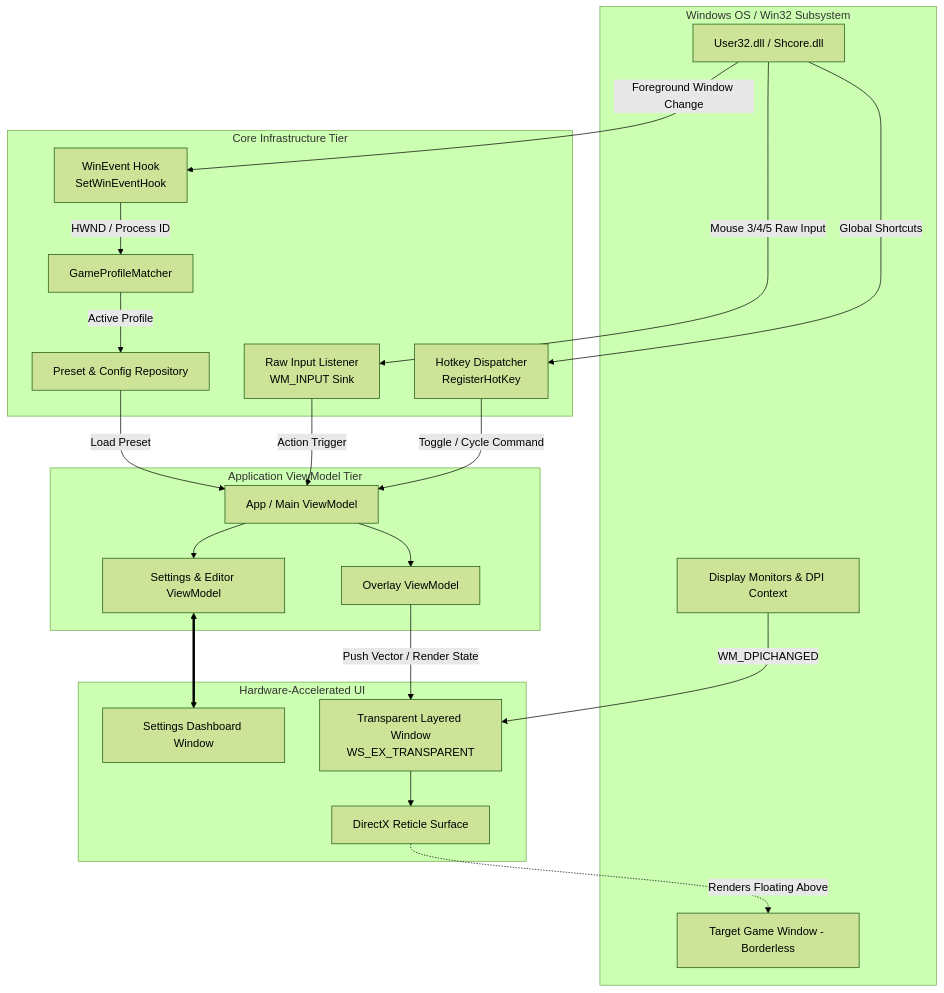
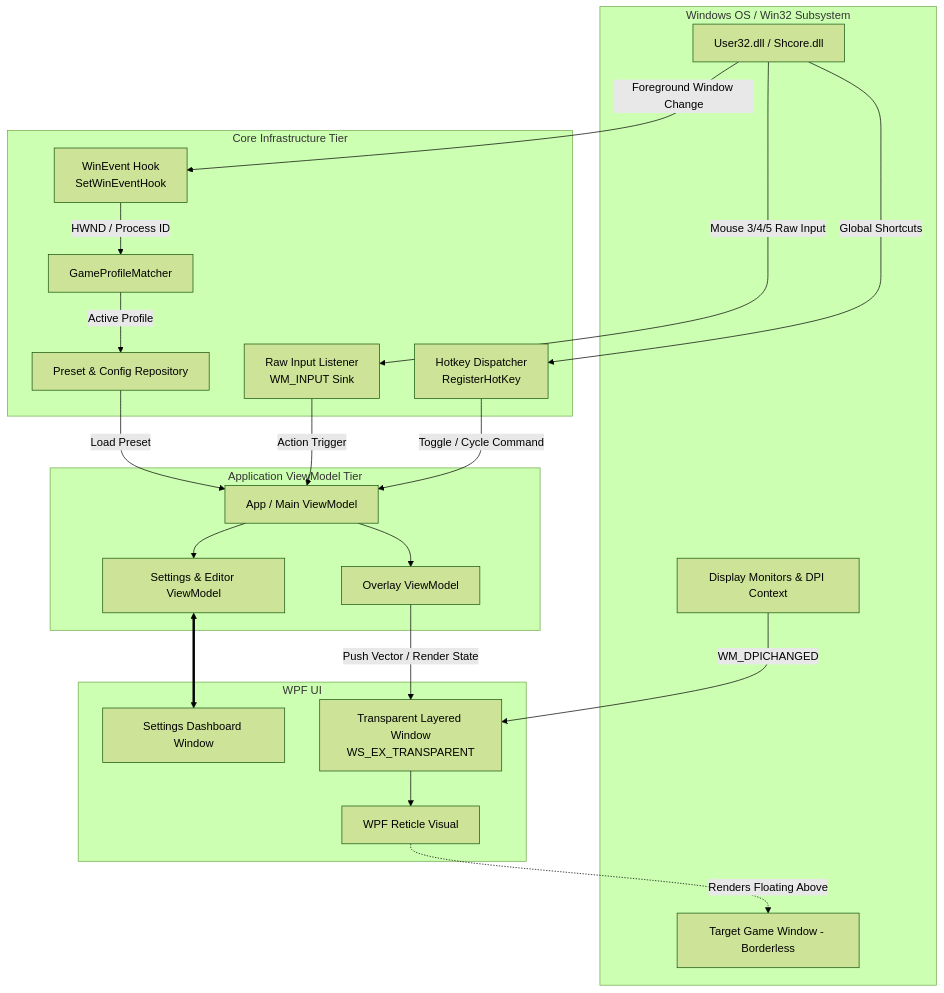
The diagram in README.md (HuuTri04/CrossGOverlay), drawn with Mermaid (forest theme) before and after one commit. The commit also changed other lines of this file and 53 other files, not shown here.

````diff
--- a/README.md
+++ b/README.md
@@ -54,49 +54,49 @@
 ```mermaid
 flowchart TD
     subgraph OS_Layer [Windows OS / Win32 Subsystem]
         User32[User32.dll / Shcore.dll]
         DisplayMgr[Display Monitors & DPI Context]
         GameWindow[Target Game Window - Borderless]
     end
 
     subgraph Service_Tier [Core Infrastructure Tier]
         WinEventHook[WinEvent Hook\nSetWinEventHook]
         RawInputSink[Raw Input Listener\nWM_INPUT Sink]
         HotkeyMgr[Hotkey Dispatcher\nRegisterHotKey]
         ProfileMatcher[GameProfileMatcher]
         SettingsRepo[Preset & Config Repository]
     end
 
     subgraph ViewModel_Tier [Application ViewModel Tier]
         AppVM[App / Main ViewModel]
         OverlayVM[Overlay ViewModel]
         SettingsVM[Settings & Editor ViewModel]
     end
 
-    subgraph View_Tier [Hardware-Accelerated UI]
+    subgraph View_Tier [WPF UI]
         SettingsView[Settings Dashboard Window]
         OverlayWindow[Transparent Layered Window\nWS_EX_TRANSPARENT]
-        ReticleCanvas[DirectX Reticle Surface]
+        ReticleCanvas[WPF Reticle Visual]
     end
 
     %% OS Event Dispatching
     User32 -->|Foreground Window Change| WinEventHook
     User32 -->|Mouse 3/4/5 Raw Input| RawInputSink
     User32 -->|Global Shortcuts| HotkeyMgr
     DisplayMgr -->|WM_DPICHANGED| OverlayWindow
 
     %% Services routing
     WinEventHook -->|HWND / Process ID| ProfileMatcher
     ProfileMatcher -->|Active Profile| SettingsRepo
     SettingsRepo -->|Load Preset| AppVM
     RawInputSink -->|Action Trigger| AppVM
     HotkeyMgr -->|Toggle / Cycle Command| AppVM
 
     %% ViewModels to Views
     AppVM --> OverlayVM
     AppVM --> SettingsVM
     SettingsVM <==> SettingsView
     OverlayVM -->|Push Vector / Render State| OverlayWindow
     OverlayWindow --> ReticleCanvas
     ReticleCanvas -.->|Renders Floating Above| GameWindow
 ```
````
